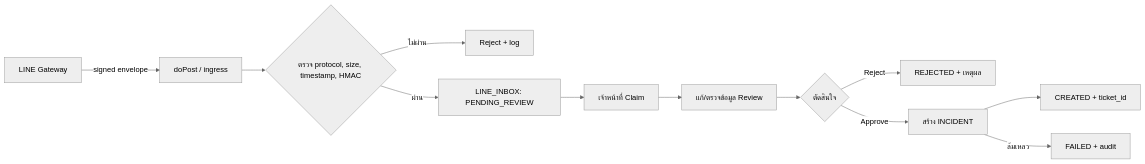
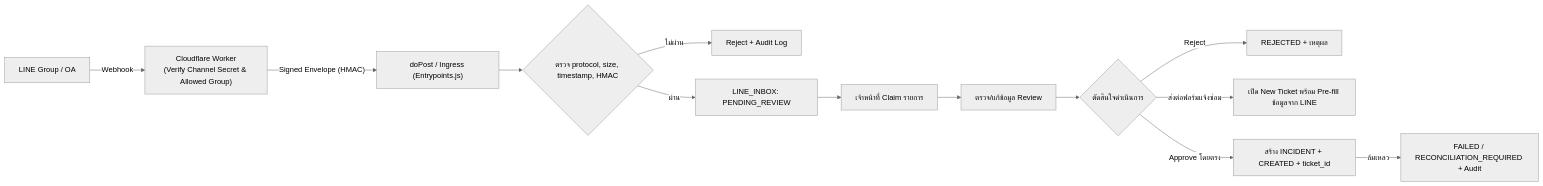
One commit to thakot-cloud/ITServiceDesk changed the fifth of 8 diagrams in WORKFLOW.md. Above: the diagram before and after it, drawn with Mermaid (neutral theme). The commit also changed other lines of this file and 5 other files, not shown here.

Commit message:
docs: complete manuals, recommendations, workflow, and webapp diagrams

````diff
--- a/WORKFLOW.md
+++ b/WORKFLOW.md
@@ -56,14 +89,15 @@
 ```mermaid
 flowchart LR
-  A[LINE Gateway] -->|signed envelope| B[doPost / ingress]
-  B --> C{ตรวจ protocol, size, timestamp, HMAC}
-  C -- ไม่ผ่าน --> D[Reject + log]
-  C -- ผ่าน --> E[LINE_INBOX: PENDING_REVIEW]
-  E --> F[เจ้าหน้าที่ Claim]
-  F --> G[แก้/ตรวจข้อมูล Review]
-  G --> H{ตัดสินใจ}
-  H -- Reject --> I[REJECTED + เหตุผล]
-  H -- Approve --> J[สร้าง INCIDENT]
-  J --> K[CREATED + ticket_id]
-  J -- ล้มเหลว --> L[FAILED + audit]
+  A["LINE Group / OA"] -->|"Webhook"| CW["Cloudflare Worker<br/>(Verify Channel Secret & Allowed Group)"]
+  CW -->|"Signed Envelope (HMAC)"| B["doPost / Ingress (Entrypoints.js)"]
+  B --> C{"ตรวจ protocol, size, timestamp, HMAC"}
+  C -- "ไม่ผ่าน" --> D["Reject + Audit Log"]
+  C -- "ผ่าน" --> E["LINE_INBOX: PENDING_REVIEW"]
+  E --> F["เจ้าหน้าที่ Claim รายการ"]
+  F --> G["ตรวจ/แก้ข้อมูล Review"]
+  G --> H{"ตัดสินใจดำเนินการ"}
+  H -- "Reject" --> I["REJECTED + เหตุผล"]
+  H -- "ส่งต่อฟอร์มแจ้งซ่อม" --> J["เปิด New Ticket พร้อม Pre-fill ข้อมูลจาก LINE"]
+  H -- "Approve โดยตรง" --> K["สร้าง INCIDENT + CREATED + ticket_id"]
+  K -- "ล้มเหลว" --> L["FAILED / RECONCILIATION_REQUIRED + Audit"]
 ```
````
